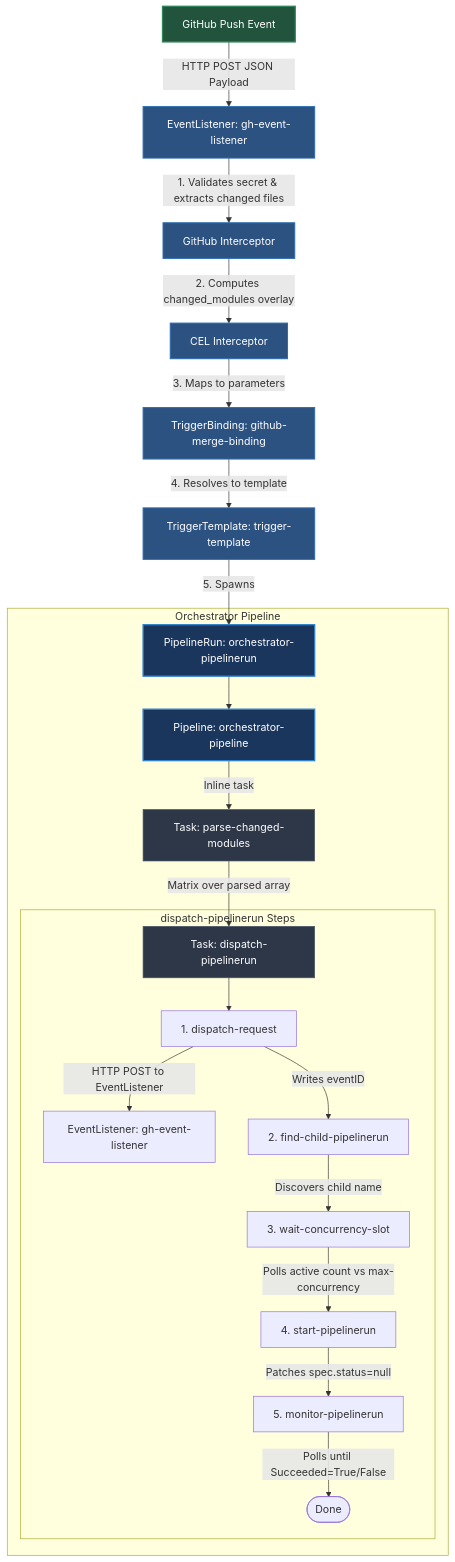
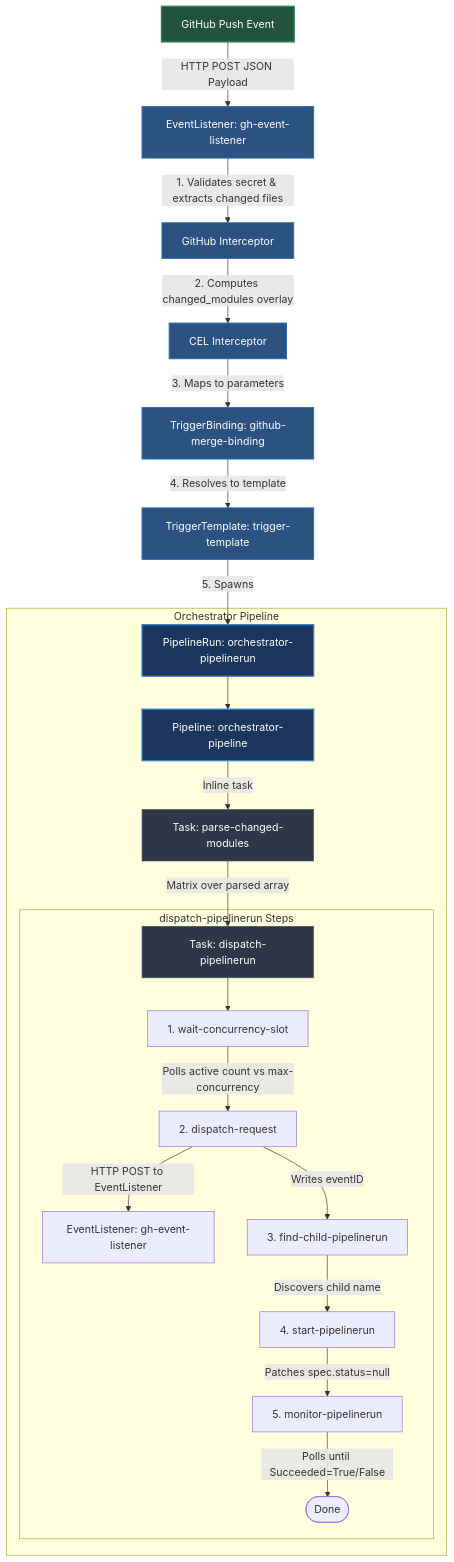
The first of 2 diagrams in tekton-platform/README.md (khanhcmlab/saritasa-devops-build-samples), drawn with Mermaid before and after one commit. The commit also changed 1 other file, not shown here.

Commit message:
fix: fix concurency mechanism

````diff
--- a/tekton-platform/README.md
+++ b/tekton-platform/README.md
@@ -32,40 +32,40 @@
 ```mermaid
 flowchart TD
     %% Input / Events
     GitHub[GitHub Push Event] -->|HTTP POST JSON Payload|EL[EventListener: gh-event-listener]
 
     %% Webhook Triggers Processing
     EL -->|1. Validates secret & extracts changed files| GH_Int[GitHub Interceptor]
     GH_Int -->|2. Computes changed_modules overlay| CEL_Int[CEL Interceptor]
     CEL_Int -->|3. Maps to parameters| Bind1[TriggerBinding: github-merge-binding]
     Bind1 -->|4. Resolves to template| Temp1[TriggerTemplate: trigger-template]
     Temp1 -->|5. Spawns| PR1[PipelineRun: orchestrator-pipelinerun]
 
     %% Orchestrator Pipeline
     subgraph Orchestrator Pipeline
         PR1 --> Pipe1[Pipeline: orchestrator-pipeline]
         Pipe1 -->|Inline task| ParseModules[Task: parse-changed-modules]
         ParseModules -->|Matrix over parsed array| Task_Dispatch[Task: dispatch-pipelinerun]
 
         subgraph dispatch-pipelinerun Steps
-            Task_Dispatch --> DispReq[1. dispatch-request]
+            Task_Dispatch --> WaitSlot[1. wait-concurrency-slot]
+            WaitSlot -->|Polls active count vs max-concurrency| DispReq[2. dispatch-request]
             DispReq -->|HTTP POST to EventListener| EL_Child[EventListener: gh-event-listener]
-            DispReq -->|Writes eventID| FindChild[2. find-child-pipelinerun]
-            FindChild -->|Discovers child name| WaitSlot[3. wait-concurrency-slot]
-            WaitSlot -->|Polls active count vs max-concurrency| StartChild[4. start-pipelinerun]
+            DispReq -->|Writes eventID| FindChild[3. find-child-pipelinerun]
+            FindChild -->|Discovers child name| StartChild[4. start-pipelinerun]
             StartChild -->|Patches spec.status=null| MonitorChild[5. monitor-pipelinerun]
             MonitorChild -->|Polls until Succeeded=True/False| End([Done])
         end
     end
 
     %% Styling
     classDef pipeline fill:#1A365D,stroke:#3182CE,stroke-width:2px,color:#fff
     classDef task fill:#2D3748,stroke:#4A5568,stroke-width:1px,color:#fff
     classDef trigger fill:#2C5282,stroke:#2B6CB0,stroke-width:1.5px,color:#fff
     classDef input fill:#22543D,stroke:#2F855A,stroke-width:2px,color:#fff
 
     class PR1,Pipe1 pipeline
     class Task_Dispatch,ParseModules task
     class EL,GH_Int,CEL_Int,Bind1,Temp1 trigger
     class GitHub,Webhook input
 ```
````
